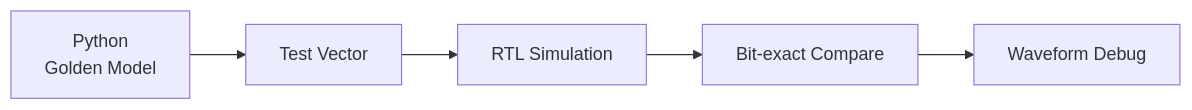
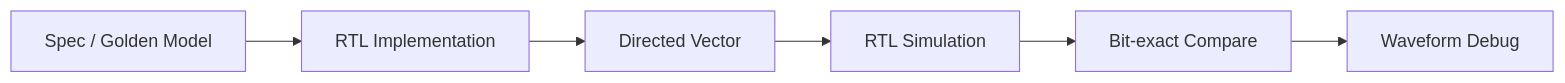
Before and after one commit to realisshoon/realisshoon: the second of 3 diagrams in README.md, drawn with Mermaid. The commit also changed other lines of this file, not shown here.

````diff
--- a/README.md
+++ b/README.md
@@ -76,8 +76,9 @@
 ```mermaid
 flowchart LR
-    A[Python<br>Golden Model]
-    --> B[Test Vector]
-    --> C[RTL Simulation]
-    --> D[Bit-exact Compare]
-    --> E[Waveform Debug]
+    A[Spec / Golden Model]
+    --> B[RTL Implementation]
+    --> C[Directed Vector]
+    --> D[RTL Simulation]
+    --> E[Bit-exact Compare]
+    --> F[Waveform Debug]
 ```
````
